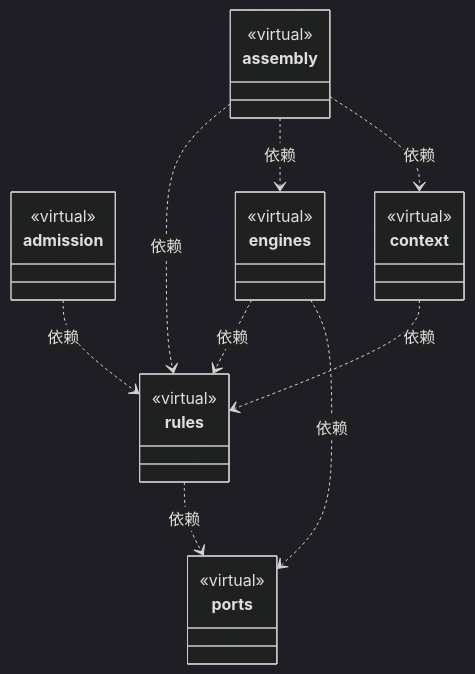
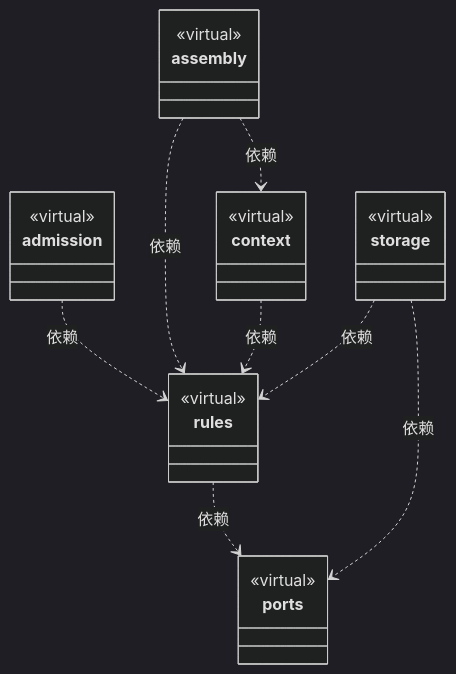
The first of 2 diagrams in src/logic/execution/ARCHITECTURE.md (nan023062/cbim), drawn with Mermaid (dark theme) before and after one commit. The commit also changed other lines of this file and 480 other files, not shown here.

````diff
--- a/src/logic/execution/ARCHITECTURE.md
+++ b/src/logic/execution/ARCHITECTURE.md
@@ -21,35 +21,34 @@
 ```mermaid
 classDiagram
 class N_07b2628b12c6["rules"] {
   <<virtual>>
 }
 click N_07b2628b12c6 href "rules/ARCHITECTURE.md"
 class N_81feb6a0cfcb["admission"] {
   <<virtual>>
 }
 click N_81feb6a0cfcb href "admission/ARCHITECTURE.md"
 class N_e1602ca581a3["assembly"] {
   <<virtual>>
 }
 click N_e1602ca581a3 href "assembly/ARCHITECTURE.md"
 class N_a69c80a0edec["context"] {
   <<virtual>>
 }
 click N_a69c80a0edec href "context/ARCHITECTURE.md"
-class N_cbe164a75aa0["engines"] {
-  <<virtual>>
-}
-click N_cbe164a75aa0 href "engines/ARCHITECTURE.md"
 class N_6cef01312f2a["ports"] {
   <<virtual>>
 }
 click N_6cef01312f2a href "ports/ARCHITECTURE.md"
+class N_60848e8bac6e["storage"] {
+  <<virtual>>
+}
+click N_60848e8bac6e href "storage/ARCHITECTURE.md"
 N_81feb6a0cfcb ..> N_07b2628b12c6 : 依赖
 N_e1602ca581a3 ..> N_a69c80a0edec : 依赖
-N_e1602ca581a3 ..> N_cbe164a75aa0 : 依赖
 N_e1602ca581a3 ..> N_07b2628b12c6 : 依赖
 N_a69c80a0edec ..> N_07b2628b12c6 : 依赖
-N_cbe164a75aa0 ..> N_6cef01312f2a : 依赖
-N_cbe164a75aa0 ..> N_07b2628b12c6 : 依赖
 N_07b2628b12c6 ..> N_6cef01312f2a : 依赖
+N_60848e8bac6e ..> N_6cef01312f2a : 依赖
+N_60848e8bac6e ..> N_07b2628b12c6 : 依赖
 ```
````
